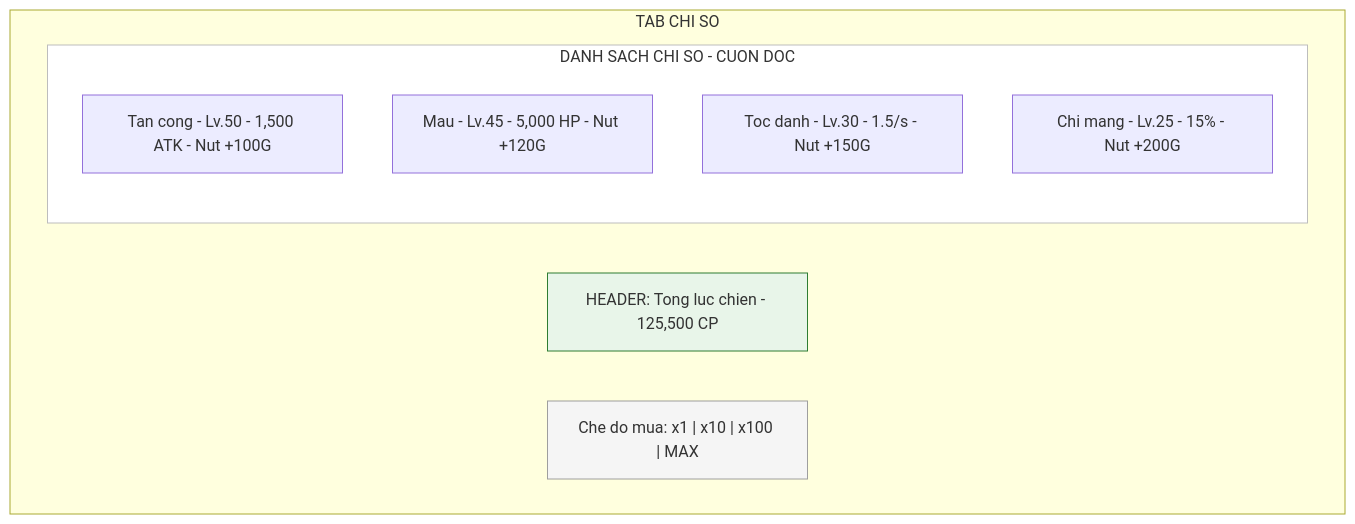
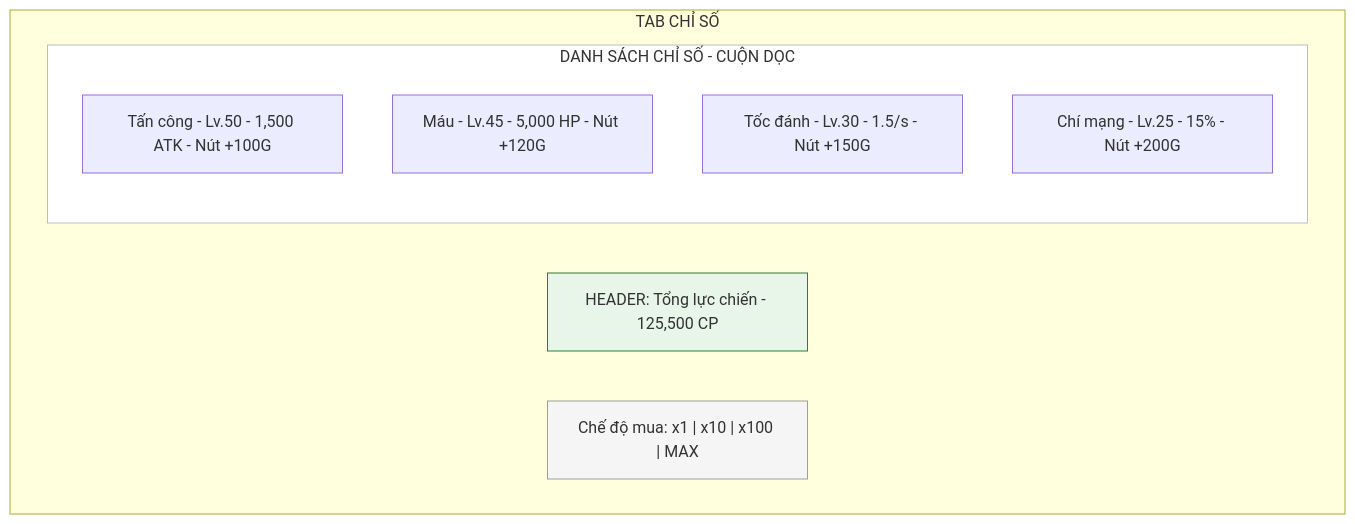
The first of 3 diagrams in docs/chi-tiet-man-hinh-dieu-khien.md (luantran-working/idlegame-designdocs), drawn with Mermaid before and after one commit. The commit also changed other lines of this file and 16 other files, not shown here.

Commit message:
feat: Introduce extensive game design documentation covering game systems, UI, and roadmap, and enable Mermaid diagram support in Docusaurus.

````diff
--- a/docs/chi-tiet-man-hinh-dieu-khien.md
+++ b/docs/chi-tiet-man-hinh-dieu-khien.md
@@ -45,19 +45,19 @@
 ```mermaid
 flowchart TB
-    subgraph StatsTab["TAB CHI SO"]
-        Header["HEADER: Tong luc chien - 125,500 CP"]
+    subgraph StatsTab["TAB CHỈ SỐ"]
+        Header["HEADER: Tổng lực chiến - 125,500 CP"]
 
-        subgraph List["DANH SACH CHI SO - CUON DOC"]
-            S1["Tan cong - Lv.50 - 1,500 ATK - Nut +100G"]
-            S2["Mau - Lv.45 - 5,000 HP - Nut +120G"]
-            S3["Toc danh - Lv.30 - 1.5/s - Nut +150G"]
-            S4["Chi mang - Lv.25 - 15% - Nut +200G"]
+        subgraph List["DANH SÁCH CHỈ SỐ - CUỘN DỌC"]
+            S1["Tấn công - Lv.50 - 1,500 ATK - Nút +100G"]
+            S2["Máu - Lv.45 - 5,000 HP - Nút +120G"]
+            S3["Tốc đánh - Lv.30 - 1.5/s - Nút +150G"]
+            S4["Chí mạng - Lv.25 - 15% - Nút +200G"]
         end
 
-        Footer["Che do mua: x1 | x10 | x100 | MAX"]
+        Footer["Chế độ mua: x1 | x10 | x100 | MAX"]
     end
 
     style Header fill:#e8f5e9,stroke:#2e7d32
     style List fill:#ffffff,stroke:#bdbdbd
     style Footer fill:#f5f5f5,stroke:#9e9e9e
 ```
````
